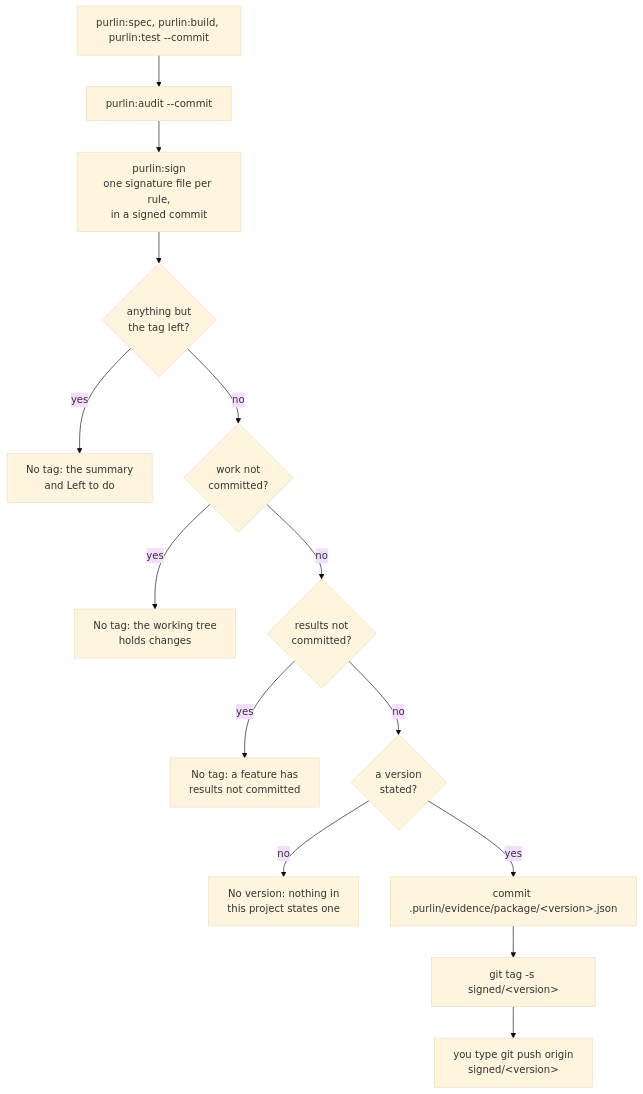
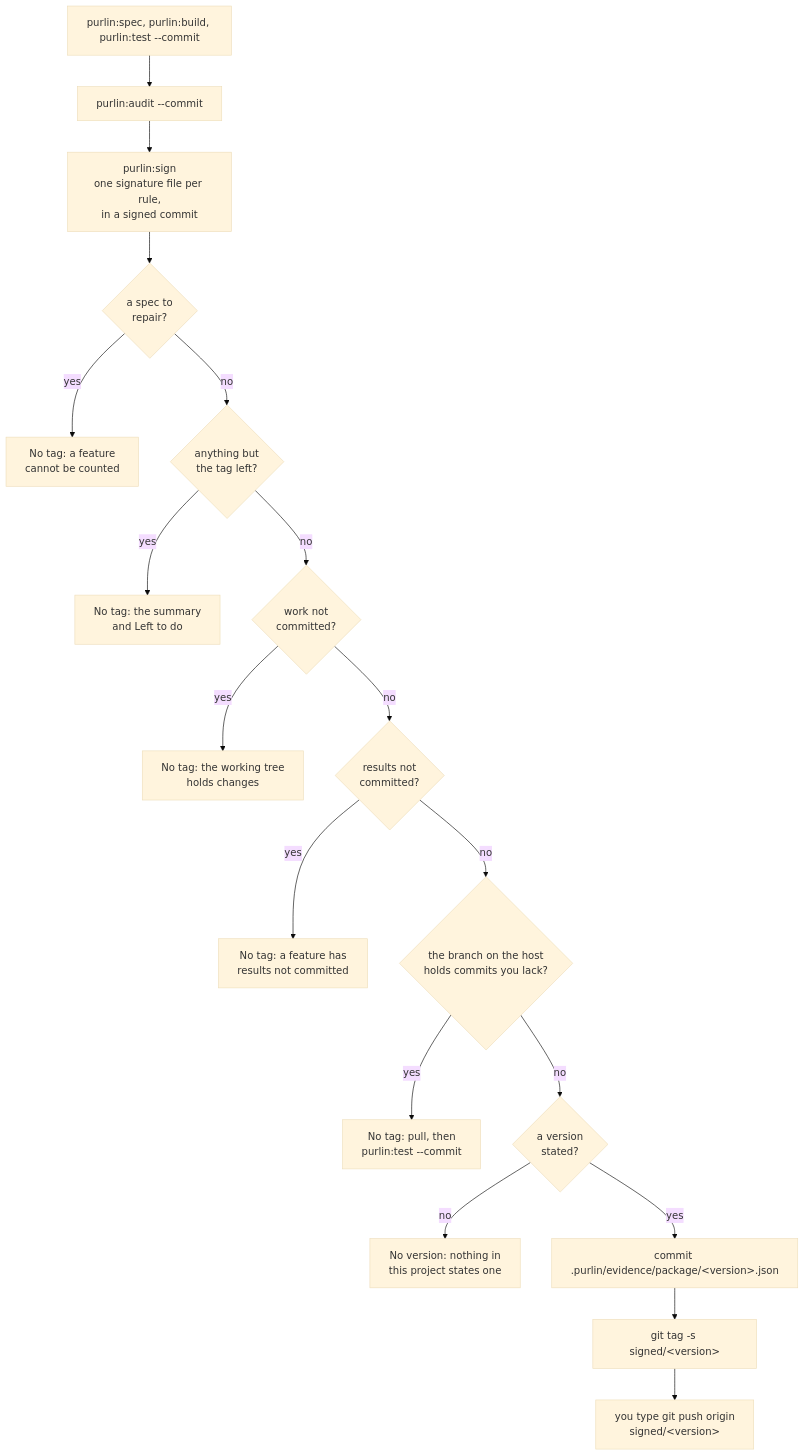
Before and after one commit to rlabarca/purlin: the diagram in docs/regulated-workflow.md, drawn with Mermaid (base theme). The commit also changed other lines of this file and 12 other files, not shown here.

First line of the commit message:
docs: decision 102's words: the collision rule, the release branch, who commits evidence, the QA page

````diff
--- a/docs/regulated-workflow.md
+++ b/docs/regulated-workflow.md
@@ -158,16 +167,20 @@
 ```mermaid
 flowchart TD
     W["purlin:spec, purlin:build, purlin:test --commit"] --> A["purlin:audit --commit"]
     A --> S["purlin:sign<br>one signature file per rule,<br>in a signed commit"]
-    S --> G{"anything but<br>the tag left?"}
+    S --> B{"a spec to<br>repair?"}
+    B -->|yes| NB["No tag: a feature<br>cannot be counted"]
+    B -->|no| G{"anything but<br>the tag left?"}
     G -->|yes| L["No tag: the summary<br>and Left to do"]
     G -->|no| C{"work not<br>committed?"}
     C -->|yes| NC["No tag: the working tree<br>holds changes"]
     C -->|no| R{"results not<br>committed?"}
     R -->|yes| NR["No tag: a feature has<br>results not committed"]
-    R -->|no| V{"a version<br>stated?"}
+    R -->|no| H{"the branch on the host<br>holds commits you lack?"}
+    H -->|yes| NH["No tag: pull, then<br>purlin:test --commit"]
+    H -->|no| V{"a version<br>stated?"}
     V -->|no| NV["No version: nothing in<br>this project states one"]
     V -->|yes| P["commit .purlin/evidence/package/#lt;version#gt;.json"]
     P --> T["git tag -s signed/#lt;version#gt;"]
     T --> U["you type git push origin<br>signed/#lt;version#gt;"]
 ```
````
